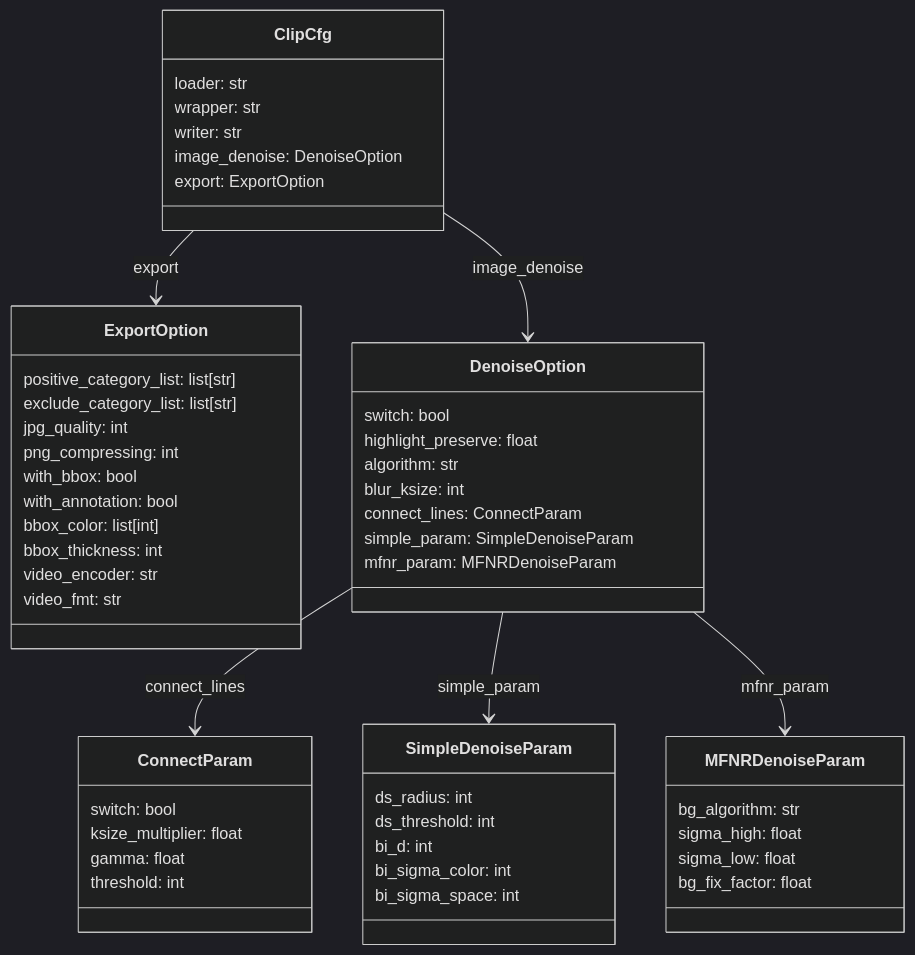
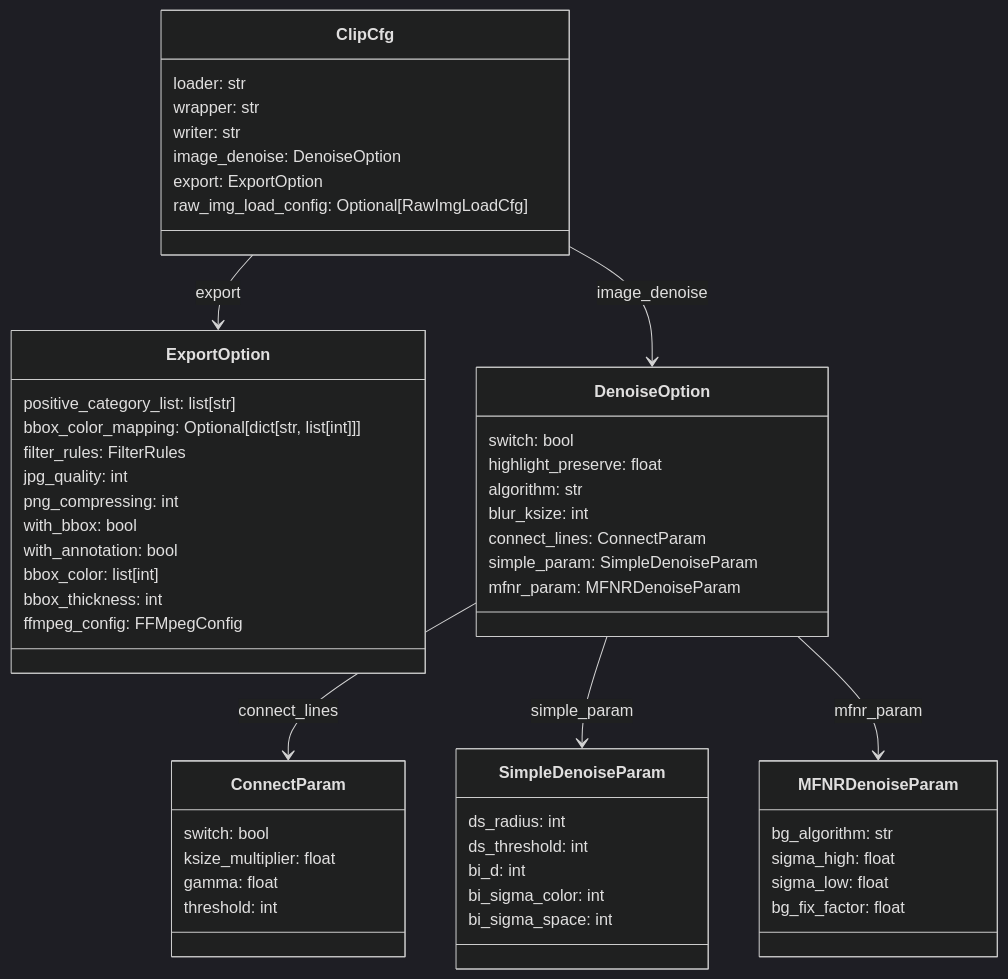
One commit to LilacMeteorObservatory/MetDetPy changed the second of 2 diagrams in docs/config-doc-cn.md. Above: the diagram before and after it, drawn with Mermaid (dark theme). The commit also changed other lines of this file and 5 other files, not shown here.

````diff
--- a/docs/config-doc-cn.md
+++ b/docs/config-doc-cn.md
@@ -467,62 +459,63 @@
 ```mermaid
 classDiagram
 
 class ExportOption {
     positive_category_list: list[str]
-    exclude_category_list: list[str]
+    bbox_color_mapping: Optional[dict[str, list[int]]]
+    filter_rules: FilterRules
     jpg_quality: int
     png_compressing: int
     with_bbox: bool
     with_annotation: bool
     bbox_color: list[int]
     bbox_thickness: int
-    video_encoder: str
-    video_fmt: str
+    ffmpeg_config: FFMpegConfig
 }
 
 class ConnectParam {
     switch: bool
     ksize_multiplier: float
     gamma: float
     threshold: int
 }
 
 class SimpleDenoiseParam {
     ds_radius: int
     ds_threshold: int
     bi_d: int
     bi_sigma_color: int
     bi_sigma_space: int
 }
 
 class MFNRDenoiseParam {
     bg_algorithm: str
     sigma_high: float
     sigma_low: float
     bg_fix_factor: float
 }
 
 class DenoiseOption {
     switch: bool
     highlight_preserve: float
     algorithm: str
     blur_ksize: int
     connect_lines: ConnectParam
     simple_param: SimpleDenoiseParam
     mfnr_param: MFNRDenoiseParam
 }
 
 class ClipCfg {
     loader: str
     wrapper: str
     writer: str
     image_denoise: DenoiseOption
     export: ExportOption
+    raw_img_load_config: Optional[RawImgLoadCfg]
 }
 
 ClipCfg --> DenoiseOption : image_denoise
 ClipCfg --> ExportOption : export
 DenoiseOption --> ConnectParam : connect_lines
 DenoiseOption --> SimpleDenoiseParam : simple_param
 DenoiseOption --> MFNRDenoiseParam : mfnr_param
 ```
````
